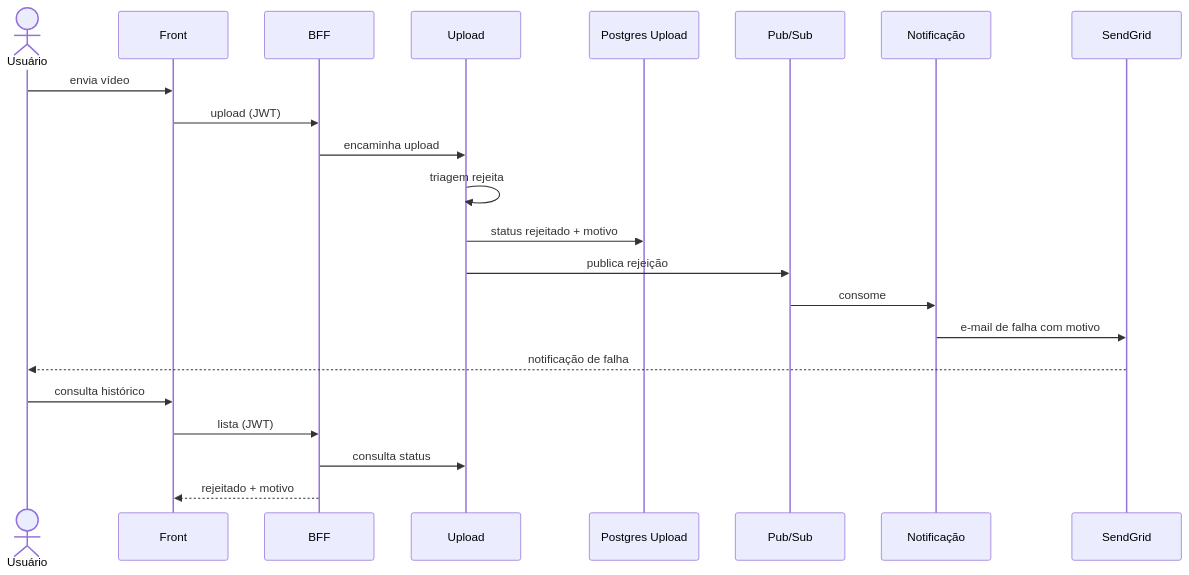
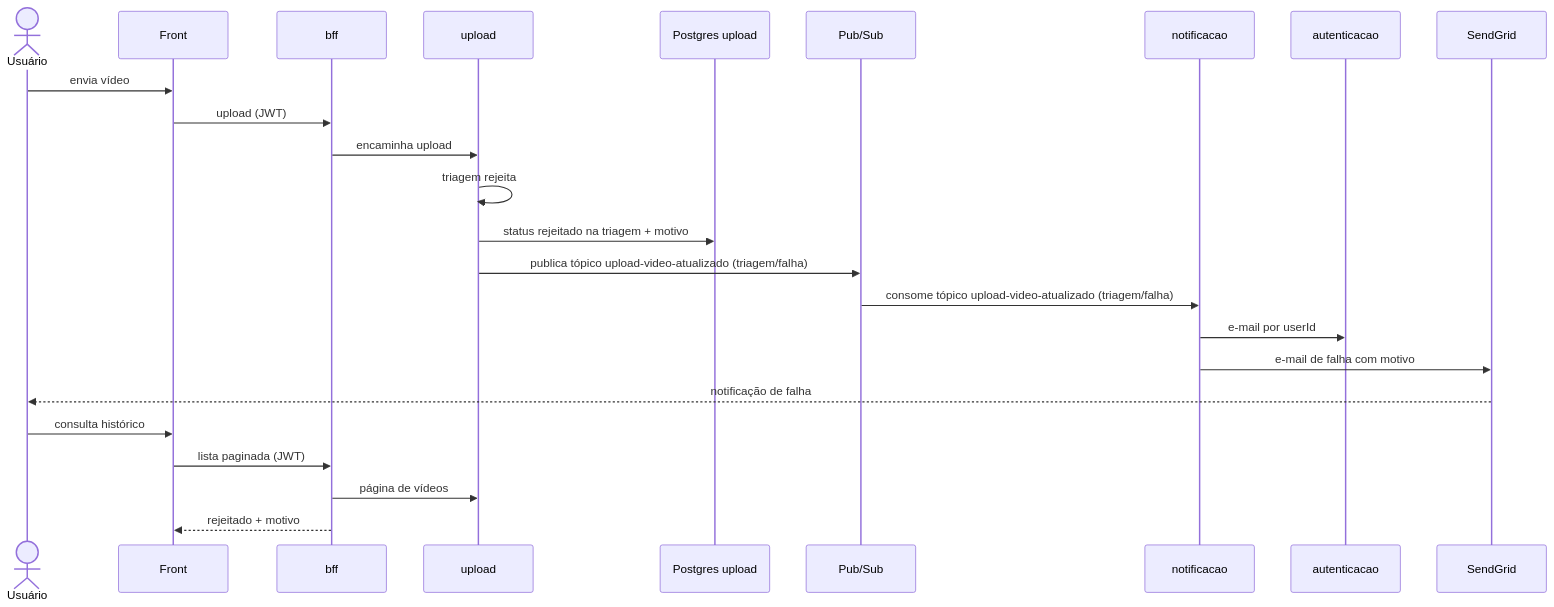
The diagram in fluxo-e-estados/03_rejeicao-na-triagem.md (fiap-x-vcosta/docs), drawn with Mermaid before and after one commit. The commit also changed 38 other files, not shown here.

````diff
--- a/fluxo-e-estados/03_rejeicao-na-triagem.md
+++ b/fluxo-e-estados/03_rejeicao-na-triagem.md
@@ -1,25 +1,27 @@
 ```mermaid
 sequenceDiagram
   actor U as Usuário
   participant Web as Front
-  participant BFF as BFF
-  participant Up as Upload
-  participant PGU as Postgres Upload
+  participant Bff as bff
+  participant Up as upload
+  participant PGU as Postgres upload
   participant Bus as Pub/Sub
-  participant Notif as Notificação
+  participant Notif as notificacao
+  participant Auth as autenticacao
   participant SG as SendGrid
 
   U->>Web: envia vídeo
-  Web->>BFF: upload (JWT)
-  BFF->>Up: encaminha upload
+  Web->>Bff: upload (JWT)
+  Bff->>Up: encaminha upload
   Up->>Up: triagem rejeita
-  Up->>PGU: status rejeitado + motivo
-  Up->>Bus: publica rejeição
-  Bus->>Notif: consome
+  Up->>PGU: status rejeitado na triagem + motivo
+  Up->>Bus: publica tópico upload-video-atualizado (triagem/falha)
+  Bus->>Notif: consome tópico upload-video-atualizado (triagem/falha)
+  Notif->>Auth: e-mail por userId
   Notif->>SG: e-mail de falha com motivo
   SG-->>U: notificação de falha
   U->>Web: consulta histórico
-  Web->>BFF: lista (JWT)
-  BFF->>Up: consulta status
-  BFF-->>Web: rejeitado + motivo
+  Web->>Bff: lista paginada (JWT)
+  Bff->>Up: página de vídeos
+  Bff-->>Web: rejeitado + motivo
 ```
````
